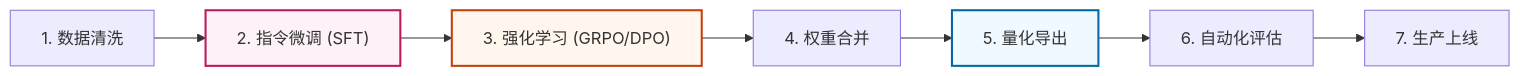
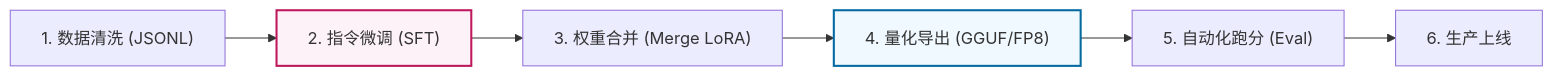
Diagram 31 of 33 in doc/AI_Knowledge_Roadmap.md (wangchong2023/lang-chain-graph), drawn with Mermaid before and after one commit. The commit also changed other lines of this file, not shown here.

Commit message:
docs: update AI knowledge roadmap with new learning milestones

````diff
--- a/doc/AI_Knowledge_Roadmap.md
+++ b/doc/AI_Knowledge_Roadmap.md
@@ -1664,13 +1668,11 @@
 ```mermaid
 graph LR
-    Data["1. 数据清洗"] --> SFT["2. 指令微调 (SFT)"]
-    SFT --> RL["3. 强化学习 (GRPO/DPO)"]
-    RL --> Merge["4. 权重合并"]
-    Merge --> Quant["5. 量化导出"]
-    Quant --> Eval["6. 自动化评估"]
-    Eval --> Deploy["7. 生产上线"]
+    Data["1. 数据清洗 (JSONL)"] --> SFT["2. 指令微调 (SFT)"]
+    SFT --> Merge["3. 权重合并 (Merge LoRA)"]
+    Merge --> Quant["4. 量化导出 (GGUF/FP8)"]
+    Quant --> Eval["5. 自动化跑分 (Eval)"]
+    Eval --> Deploy["6. 生产上线"]
     
     style SFT fill:#fdf2f8,stroke:#be185d,stroke-width:2px
-    style RL fill:#fff7ed,stroke:#c2410c,stroke-width:2px
     style Quant fill:#f0f9ff,stroke:#0369a1,stroke-width:2px
 ```
````
